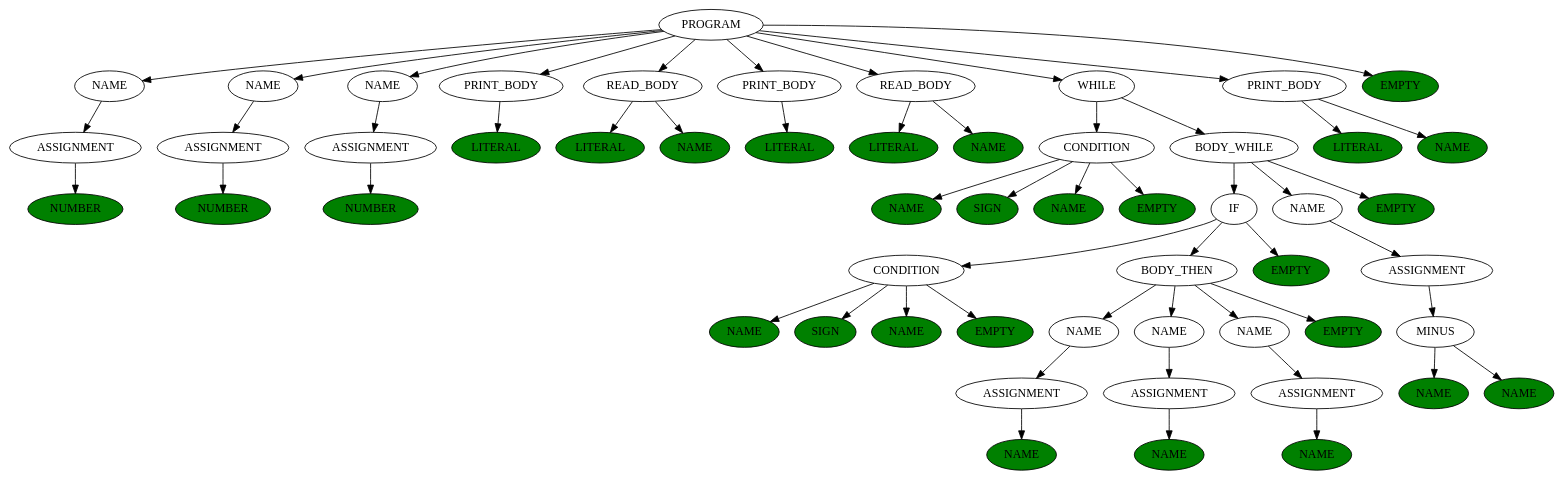
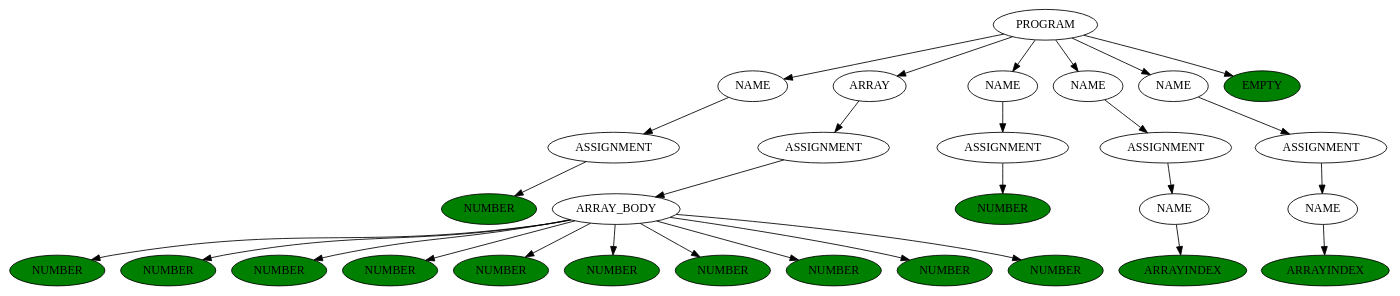
The diagram in tmp/semaAst.dot (SDVIIG/compilerLua), drawn with Graphviz before and after one commit. The commit also changed 5 other files, not shown here.

```diff
--- a/tmp/semaAst.dot
+++ b/tmp/semaAst.dot
@@ -1,112 +1,60 @@
 digraph parseTree {
 	ordering=out;
 	a_0 [label="PROGRAM"];
 	a_1 [label="NAME"];
 	a_2 [label="ASSIGNMENT"];
 	a_3 [label="NUMBER"; style=filled; fillcolor=green;];
 	a_2 -> a_3
 	a_1 -> a_2
-	a_4 [label="NAME"];
+	a_4 [label="ARRAY"];
 	a_5 [label="ASSIGNMENT"];
-	a_6 [label="NUMBER"; style=filled; fillcolor=green;];
+	a_6 [label="ARRAY_BODY"];
+	a_7 [label="NUMBER"; style=filled; fillcolor=green;];
+	a_8 [label="NUMBER"; style=filled; fillcolor=green;];
+	a_9 [label="NUMBER"; style=filled; fillcolor=green;];
+	a_10 [label="NUMBER"; style=filled; fillcolor=green;];
+	a_11 [label="NUMBER"; style=filled; fillcolor=green;];
+	a_12 [label="NUMBER"; style=filled; fillcolor=green;];
+	a_13 [label="NUMBER"; style=filled; fillcolor=green;];
+	a_14 [label="NUMBER"; style=filled; fillcolor=green;];
+	a_15 [label="NUMBER"; style=filled; fillcolor=green;];
+	a_16 [label="NUMBER"; style=filled; fillcolor=green;];
+	a_6 -> a_7
+	a_6 -> a_8
+	a_6 -> a_9
+	a_6 -> a_10
+	a_6 -> a_11
+	a_6 -> a_12
+	a_6 -> a_13
+	a_6 -> a_14
+	a_6 -> a_15
+	a_6 -> a_16
 	a_5 -> a_6
 	a_4 -> a_5
-	a_7 [label="NAME"];
-	a_8 [label="ASSIGNMENT"];
-	a_9 [label="NUMBER"; style=filled; fillcolor=green;];
-	a_8 -> a_9
-	a_7 -> a_8
-	a_10 [label="PRINT_BODY"];
-	a_11 [label="LITERAL"; style=filled; fillcolor=green;];
-	a_10 -> a_11
-	a_12 [label="READ_BODY"];
-	a_13 [label="LITERAL"; style=filled; fillcolor=green;];
-	a_14 [label="NAME"; style=filled; fillcolor=green;];
-	a_12 -> a_13
-	a_12 -> a_14
-	a_15 [label="PRINT_BODY"];
-	a_16 [label="LITERAL"; style=filled; fillcolor=green;];
-	a_15 -> a_16
-	a_17 [label="READ_BODY"];
-	a_18 [label="LITERAL"; style=filled; fillcolor=green;];
-	a_19 [label="NAME"; style=filled; fillcolor=green;];
+	a_17 [label="NAME"];
+	a_18 [label="ASSIGNMENT"];
+	a_19 [label="NUMBER"; style=filled; fillcolor=green;];
+	a_18 -> a_19
 	a_17 -> a_18
-	a_17 -> a_19
-	a_20 [label="WHILE"];
-	a_21 [label="CONDITION"];
-	a_22 [label="NAME"; style=filled; fillcolor=green;];
-	a_23 [label="SIGN"; style=filled; fillcolor=green;];
-	a_24 [label="NAME"; style=filled; fillcolor=green;];
-	a_25 [label="EMPTY"; style=filled; fillcolor=green;];
+	a_20 [label="NAME"];
+	a_21 [label="ASSIGNMENT"];
+	a_22 [label="NAME"];
+	a_23 [label="ARRAYINDEX"; style=filled; fillcolor=green;];
+	a_22 -> a_23
 	a_21 -> a_22
-	a_21 -> a_23
-	a_21 -> a_24
-	a_21 -> a_25
-	a_26 [label="BODY_WHILE"];
-	a_27 [label="IF"];
-	a_28 [label="CONDITION"];
-	a_29 [label="NAME"; style=filled; fillcolor=green;];
-	a_30 [label="SIGN"; style=filled; fillcolor=green;];
-	a_31 [label="NAME"; style=filled; fillcolor=green;];
-	a_32 [label="EMPTY"; style=filled; fillcolor=green;];
-	a_28 -> a_29
-	a_28 -> a_30
-	a_28 -> a_31
-	a_28 -> a_32
-	a_33 [label="BODY_THEN"];
-	a_34 [label="NAME"];
-	a_35 [label="ASSIGNMENT"];
-	a_36 [label="NAME"; style=filled; fillcolor=green;];
-	a_35 -> a_36
-	a_34 -> a_35
-	a_37 [label="NAME"];
-	a_38 [label="ASSIGNMENT"];
-	a_39 [label="NAME"; style=filled; fillcolor=green;];
-	a_38 -> a_39
-	a_37 -> a_38
-	a_40 [label="NAME"];
-	a_41 [label="ASSIGNMENT"];
-	a_42 [label="NAME"; style=filled; fillcolor=green;];
-	a_41 -> a_42
-	a_40 -> a_41
-	a_43 [label="EMPTY"; style=filled; fillcolor=green;];
-	a_33 -> a_34
-	a_33 -> a_37
-	a_33 -> a_40
-	a_33 -> a_43
-	a_44 [label="EMPTY"; style=filled; fillcolor=green;];
-	a_27 -> a_28
-	a_27 -> a_33
-	a_27 -> a_44
-	a_45 [label="NAME"];
-	a_46 [label="ASSIGNMENT"];
-	a_47 [label="MINUS"];
-	a_48 [label="NAME"; style=filled; fillcolor=green;];
-	a_49 [label="NAME"; style=filled; fillcolor=green;];
-	a_47 -> a_48
-	a_47 -> a_49
-	a_46 -> a_47
-	a_45 -> a_46
-	a_50 [label="EMPTY"; style=filled; fillcolor=green;];
+	a_20 -> a_21
+	a_24 [label="NAME"];
+	a_25 [label="ASSIGNMENT"];
+	a_26 [label="NAME"];
+	a_27 [label="ARRAYINDEX"; style=filled; fillcolor=green;];
 	a_26 -> a_27
-	a_26 -> a_45
-	a_26 -> a_50
-	a_20 -> a_21
-	a_20 -> a_26
-	a_51 [label="PRINT_BODY"];
-	a_52 [label="LITERAL"; style=filled; fillcolor=green;];
-	a_53 [label="NAME"; style=filled; fillcolor=green;];
-	a_51 -> a_52
-	a_51 -> a_53
-	a_54 [label="EMPTY"; style=filled; fillcolor=green;];
+	a_25 -> a_26
+	a_24 -> a_25
+	a_28 [label="EMPTY"; style=filled; fillcolor=green;];
 	a_0 -> a_1
 	a_0 -> a_4
-	a_0 -> a_7
-	a_0 -> a_10
-	a_0 -> a_12
-	a_0 -> a_15
 	a_0 -> a_17
 	a_0 -> a_20
-	a_0 -> a_51
-	a_0 -> a_54
+	a_0 -> a_24
+	a_0 -> a_28
 }
```
